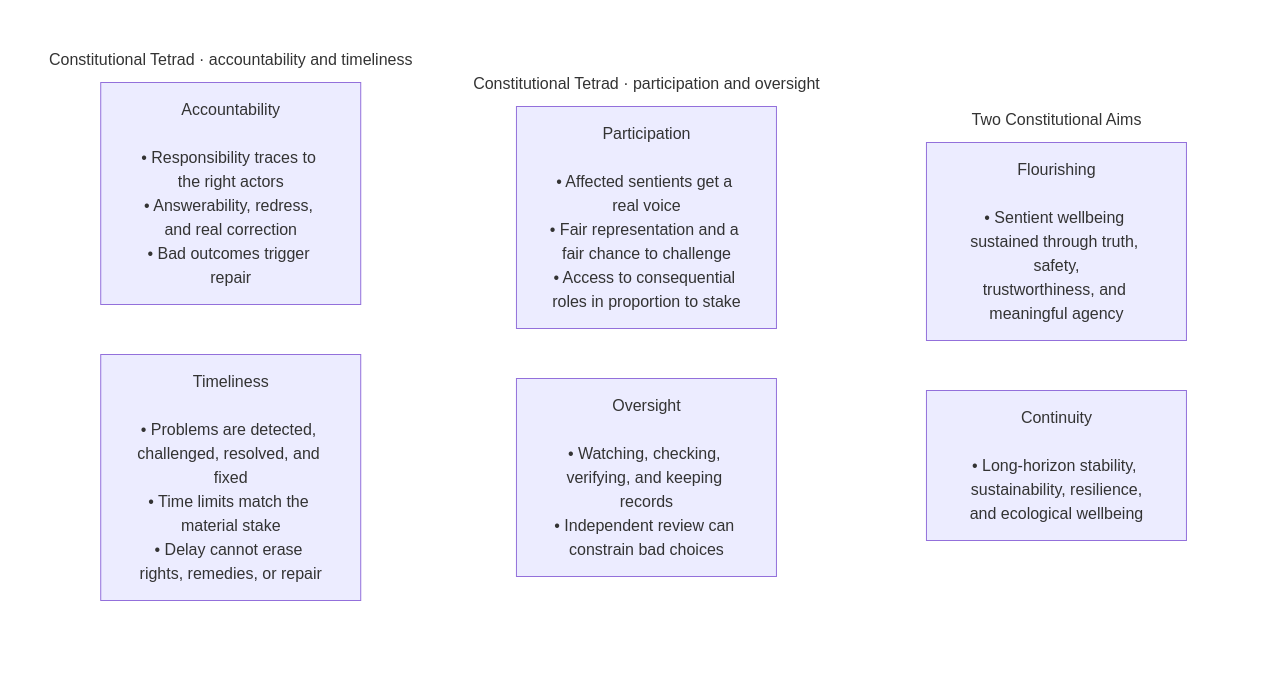
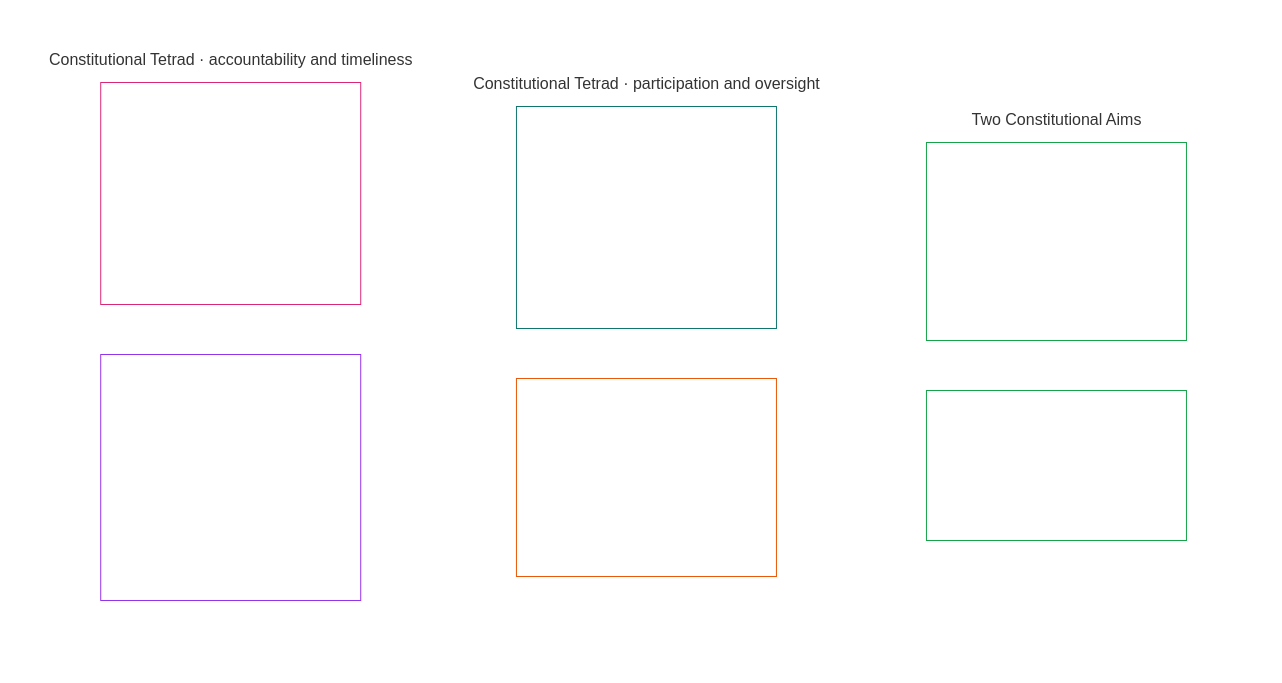
One commit to kfoelsch/Sentient_Constitution changed the second of 20 diagrams in CONCEPTUAL_OVERVIEW.md. Above: the diagram before and after it, drawn with Mermaid. The commit also changed other lines of this file and 22 other files, not shown here.

````diff
--- a/CONCEPTUAL_OVERVIEW.md
+++ b/CONCEPTUAL_OVERVIEW.md
@@ -97,25 +104,31 @@
 ```mermaid
 flowchart TB
     subgraph Foundation[" "]
         direction TB
         subgraph AimRow["Two Constitutional Aims"]
             direction LR
             F["Flourishing<br/><br/>• Sentient wellbeing sustained through truth, safety,<br/>trustworthiness, and meaningful agency"]
             C["Continuity<br/><br/>• Long-horizon stability, sustainability, resilience,<br/>and ecological wellbeing"]
         end
         subgraph TetradRow1["Constitutional Tetrad · participation and oversight"]
             direction LR
             P["Participation<br/><br/>• Affected sentients get a real voice<br/>• Fair representation and a fair chance to challenge<br/>• Access to consequential roles in proportion to stake"]
             O["Oversight<br/><br/>• Watching, checking, verifying, and keeping records<br/>• Independent review can constrain bad choices"]
         end
         subgraph TetradRow2["Constitutional Tetrad · accountability and timeliness"]
             direction LR
             A["Accountability<br/><br/>• Responsibility traces to the right actors<br/>• Answerability, redress, and real correction<br/>• Bad outcomes trigger repair"]
             T["Timeliness<br/><br/>• Problems are detected, challenged, resolved, and fixed<br/>• Time limits match the material stake<br/>• Delay cannot erase rights, remedies, or repair"]
         end
     end
     style Foundation fill:none,stroke:none
     style AimRow fill:none,stroke:none
     style TetradRow1 fill:none,stroke:none
     style TetradRow2 fill:none,stroke:none
+    style F fill:none,stroke:#16a34a,color:#ffffff
+    style C fill:none,stroke:#16a34a,color:#ffffff
+    style P fill:none,stroke:#0f766e,color:#ffffff
+    style O fill:none,stroke:#ea580c,color:#ffffff
+    style A fill:none,stroke:#db2777,color:#ffffff
+    style T fill:none,stroke:#9333ea,color:#ffffff
 ```
````
